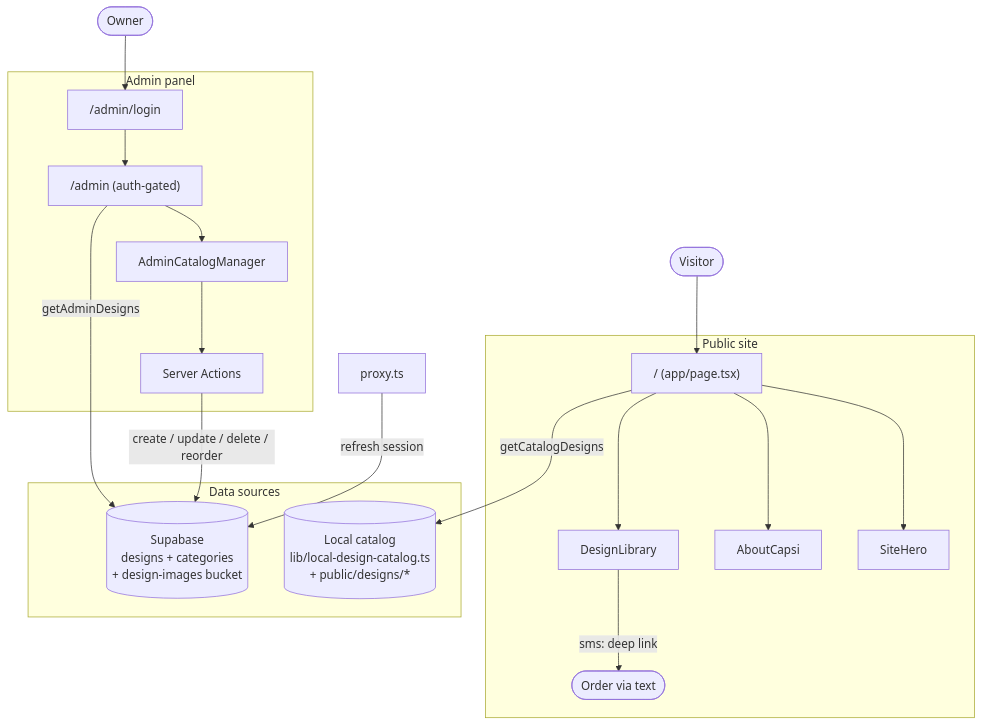
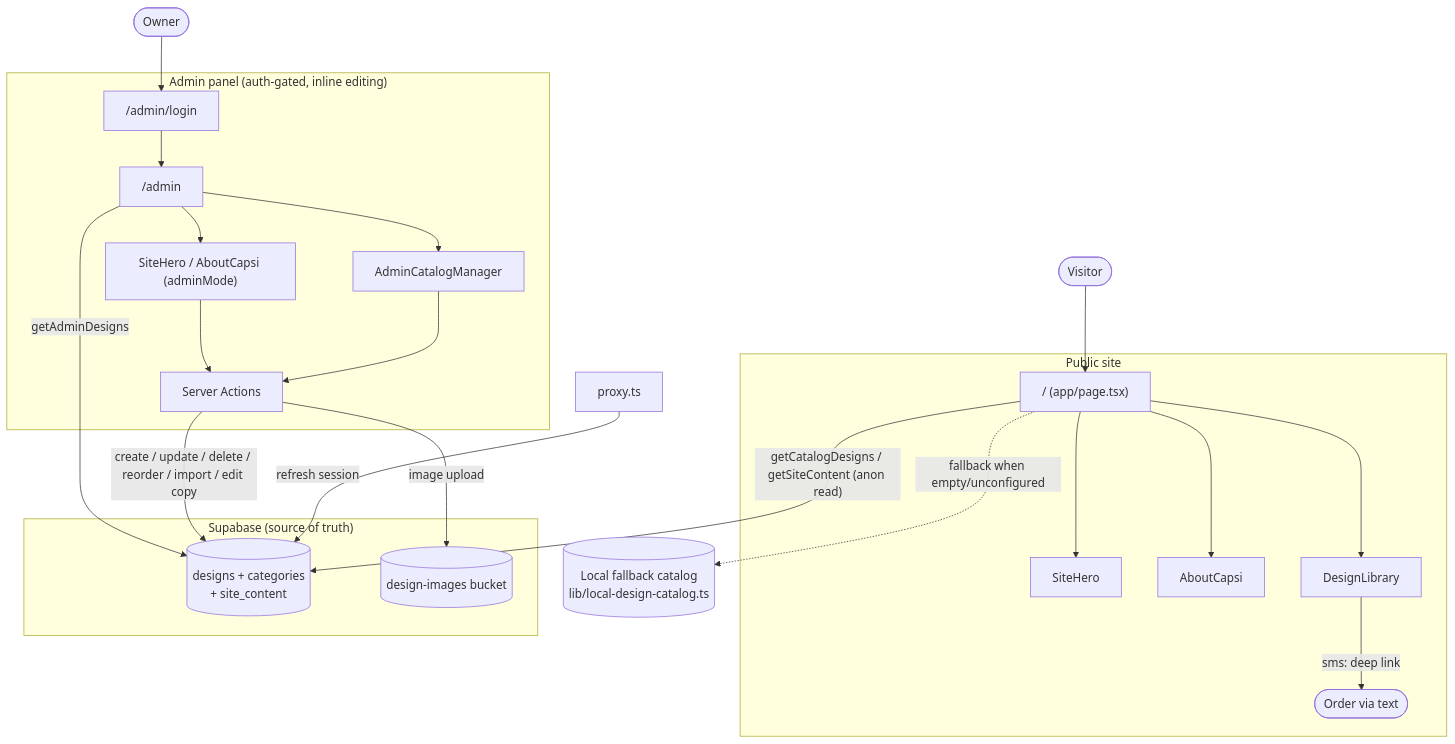
Before and after one commit to Tha-Mar/Capsi: the diagram in README.md, drawn with Mermaid. The commit also changed other lines of this file and 12 other files, not shown here.

````diff
--- a/README.md
+++ b/README.md
@@ -35,28 +35,34 @@
 ```mermaid
 flowchart TD
     Visitor([Visitor]) --> Home["/ (app/page.tsx)"]
     Owner([Owner]) --> Login["/admin/login"]
 
     subgraph Public["Public site"]
         Home --> Hero[SiteHero]
         Home --> About[AboutCapsi]
         Home --> Library[DesignLibrary]
         Library -->|sms: deep link| Phone([Order via text])
     end
 
-    subgraph Admin["Admin panel"]
-        Login --> AdminPage["/admin (auth-gated)"]
+    subgraph Admin["Admin panel (auth-gated, inline editing)"]
+        Login --> AdminPage["/admin"]
+        AdminPage --> AdminHero["SiteHero / AboutCapsi (adminMode)"]
         AdminPage --> Manager[AdminCatalogManager]
-        Manager --> Actions[Server Actions]
+        AdminHero --> Actions[Server Actions]
+        Manager --> Actions
     end
 
-    subgraph Data["Data sources"]
-        Local[("Local catalog<br/>lib/local-design-catalog.ts<br/>+ public/designs/*")]
-        Supabase[("Supabase<br/>designs + categories<br/>+ design-images bucket")]
+    subgraph Supabase["Supabase (source of truth)"]
+        DB[("designs + categories<br/>+ site_content")]
+        Storage[("design-images bucket")]
     end
 
-    Home -->|getCatalogDesigns| Local
-    AdminPage -->|getAdminDesigns| Supabase
-    Actions -->|create / update / delete / reorder| Supabase
-    Proxy[proxy.ts] -->|refresh session| Supabase
+    Local[("Local fallback catalog<br/>lib/local-design-catalog.ts")]
+
+    Home -->|"getCatalogDesigns / getSiteContent (anon read)"| DB
+    Home -.->|fallback when empty/unconfigured| Local
+    AdminPage -->|getAdminDesigns| DB
+    Actions -->|create / update / delete / reorder / import / edit copy| DB
+    Actions -->|image upload| Storage
+    Proxy[proxy.ts] -->|refresh session| DB
 ```
````
